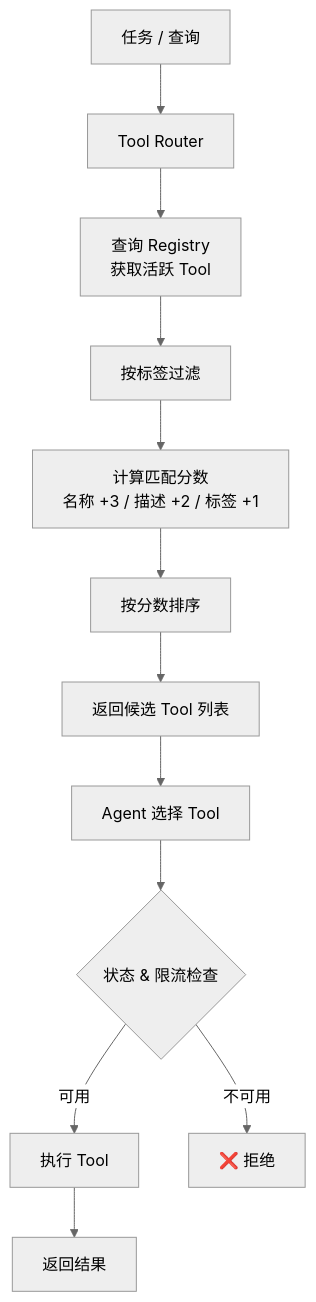
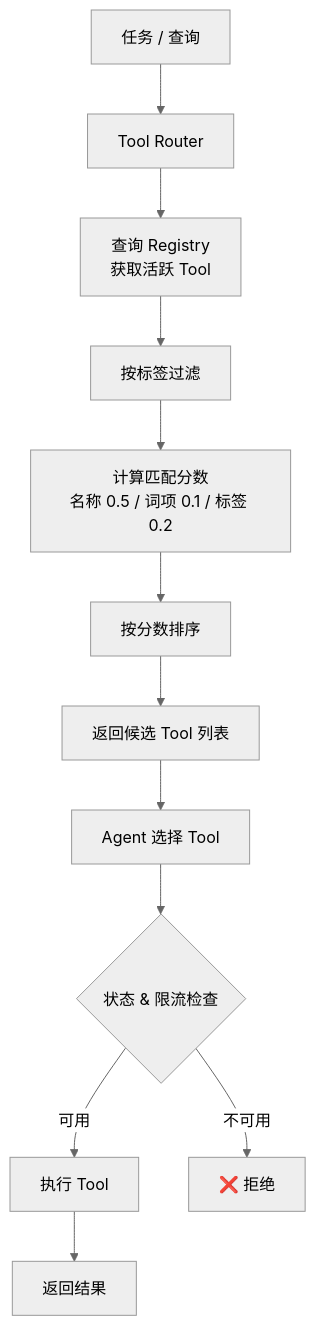
One commit to dollarser/modern-ai-agent-architecture changed the second of 2 diagrams in docs/chapters/11-tool-registry/README.md. Above: the diagram before and after it, drawn with Mermaid (neutral theme). The commit also changed other lines of this file and 132 other files, not shown here.

Commit message:
Finalize AI Agent book architecture and release preparation

````diff
--- a/docs/chapters/11-tool-registry/README.md
+++ b/docs/chapters/11-tool-registry/README.md
@@ -393,14 +407,14 @@
 ```mermaid
 flowchart TD
     A[任务 / 查询] --> B[Tool Router]
     B --> C[查询 Registry<br/>获取活跃 Tool]
     C --> D[按标签过滤]
-    D --> E[计算匹配分数<br/>名称 +3 / 描述 +2 / 标签 +1]
+    D --> E[计算匹配分数<br/>名称 0.5 / 词项 0.1 / 标签 0.2]
     E --> F[按分数排序]
     F --> G[返回候选 Tool 列表]
     G --> H[Agent 选择 Tool]
     H --> I{状态 & 限流检查}
     I -->|可用| J[执行 Tool]
     I -->|不可用| K["❌ 拒绝"]
     J --> L[返回结果]
 ```
````
